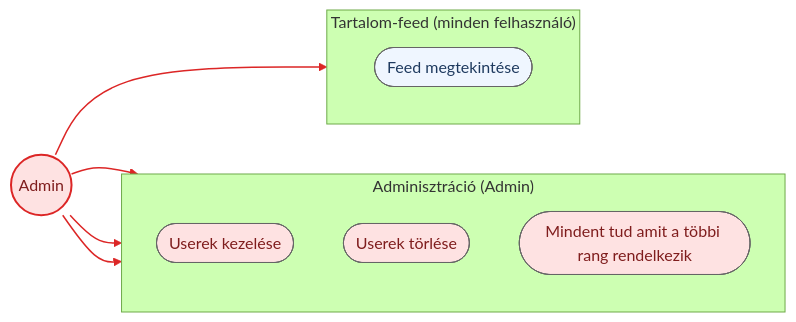
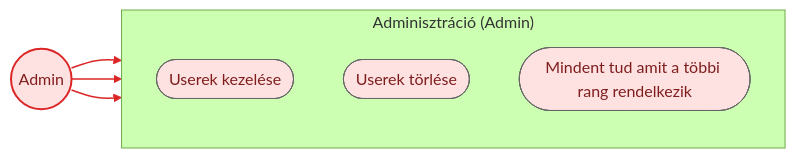
The fifth of 5 diagrams in diagrams/mermaid/UseCase.md (Kiyo200/BegBand), drawn with Mermaid (forest theme) before and after one commit. The commit also changed other lines of this file and 20 other files, not shown here.

````diff
--- a/diagrams/mermaid/UseCase.md
+++ b/diagrams/mermaid/UseCase.md
@@ -212,30 +201,22 @@
 ```mermaid
 flowchart LR
     Admin(("Admin"))
 
     subgraph PKG_Admin["Adminisztráció (Admin)"]
         direction TB
         A1(["Userek kezelése"])
         A2(["Userek törlése"])
         A3(["Mindent tud amit a többi rang rendelkezik"])
     end
 
-    subgraph PKG_Feed["Tartalom-feed (minden felhasználó)"]
-        direction TB
-        F4(["Feed megtekintése"])
-    end
-
     Admin --> A1
     Admin --> A2
     Admin --> A3
-    Admin --> F4
 
-    classDef common fill:#EFF6FF,stroke:#666666,color:#1e3a5f
     classDef adminUC fill:#FEE2E2,stroke:#666666,color:#7f1d1d
     classDef adminActor fill:#FEE2E2,stroke:#DC2626,stroke-width:2px,color:#7f1d1d
 
-    class F4 common
     class A1,A2,A3 adminUC
     class Admin adminActor
-    linkStyle 0,1,2,3 stroke:#DC2626,stroke-width:1.5px
+    linkStyle 0,1,2 stroke:#DC2626,stroke-width:1.5px
 ```
````
